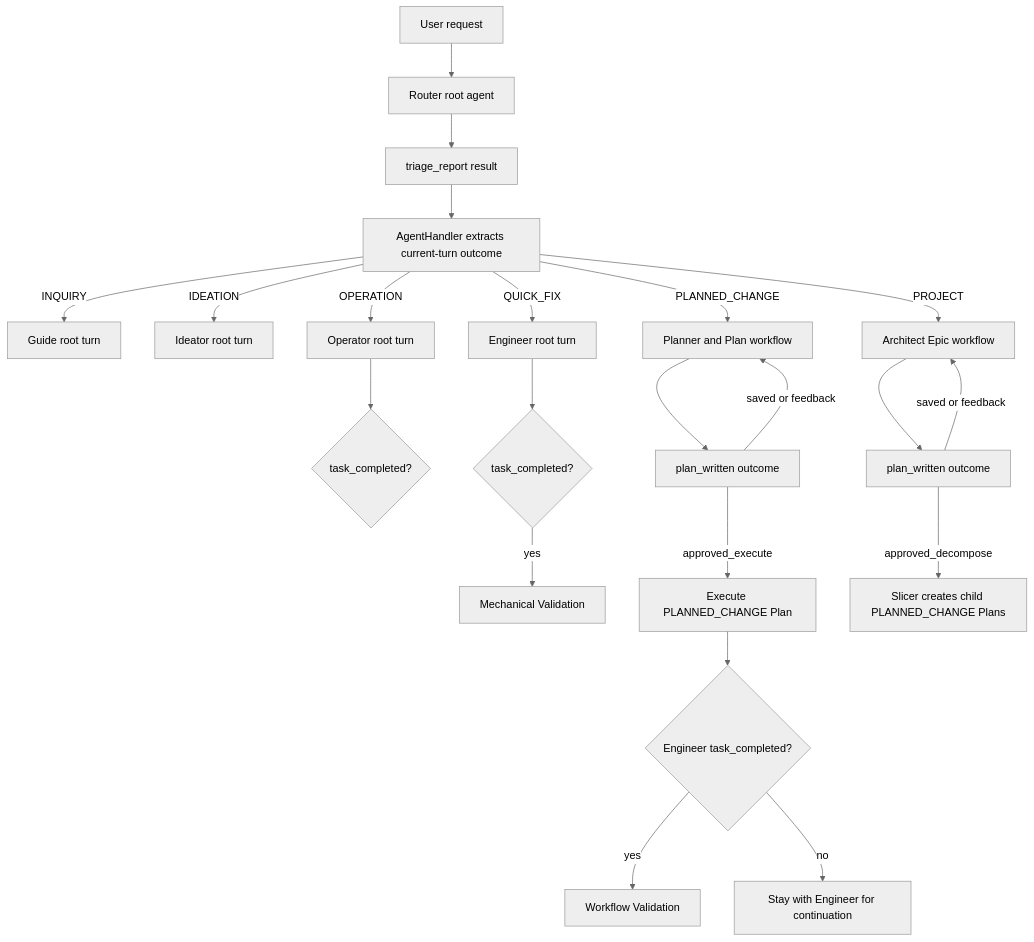
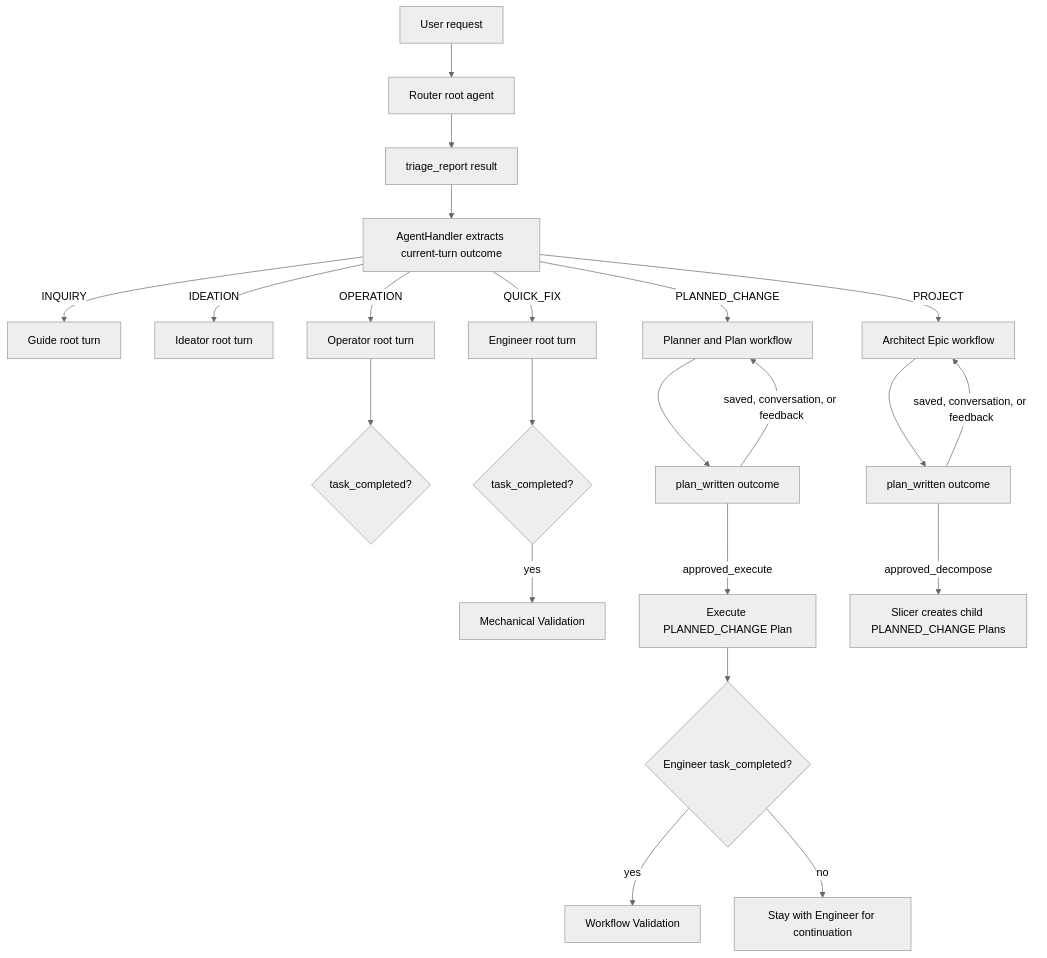
Before and after one commit to RunWield/runwield: the tenth of 13 diagrams in docs/architecture.md, drawn with Mermaid (neutral theme). The commit also changed other lines of this file and 80 other files, not shown here.

First line of the commit message:
Complete conversational-review/01-plan-review-conversation

````diff
--- a/docs/architecture.md
+++ b/docs/architecture.md
@@ -631,28 +631,28 @@
 ```mermaid
 flowchart TD
     Request["User request"] --> Router["Router root agent"]
     Router --> Triage["triage_report result"]
     Triage --> Handler["AgentHandler extracts current-turn outcome"]
 
     Handler -->|INQUIRY| Guide["Guide root turn"]
     Handler -->|IDEATION| Ideator["Ideator root turn"]
     Handler -->|OPERATION| Operator["Operator root turn"]
     Handler -->|QUICK_FIX| QuickEngineer["Engineer root turn"]
     Handler -->|PLANNED_CHANGE| Planner["Planner and Plan workflow"]
     Handler -->|PROJECT| Architect["Architect Epic workflow"]
 
     Operator --> OperationGate{"task_completed?"}
     QuickEngineer --> QuickGate{"task_completed?"}
     QuickGate -->|yes| Mechanical["Mechanical Validation"]
 
     Planner --> PlanOutcome["plan_written outcome"]
     Architect --> EpicOutcome["plan_written outcome"]
     PlanOutcome -->|approved_execute| Execute["Execute PLANNED_CHANGE Plan"]
-    PlanOutcome -->|saved or feedback| Planner
+    PlanOutcome -->|saved, conversation, or feedback| Planner
     EpicOutcome -->|approved_decompose| Slicer["Slicer creates child PLANNED_CHANGE Plans"]
-    EpicOutcome -->|saved or feedback| Architect
+    EpicOutcome -->|saved, conversation, or feedback| Architect
 
     Execute --> CompletionGate{"Engineer task_completed?"}
     CompletionGate -->|yes| Validation["Workflow Validation"]
     CompletionGate -->|no| Paused["Stay with Engineer for continuation"]
 ```
````
